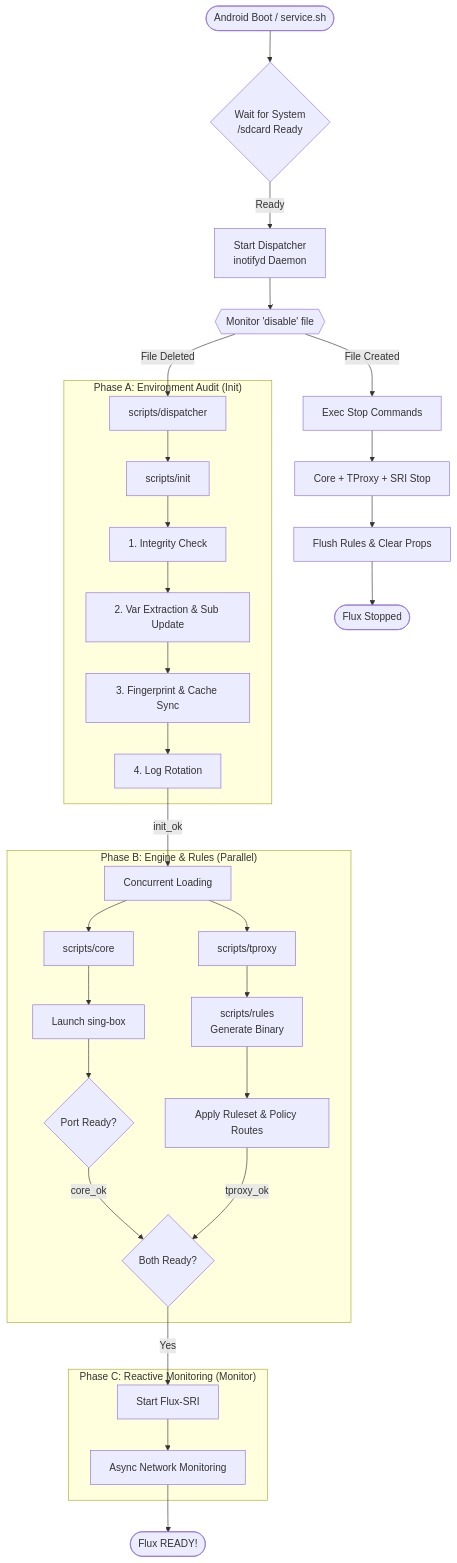
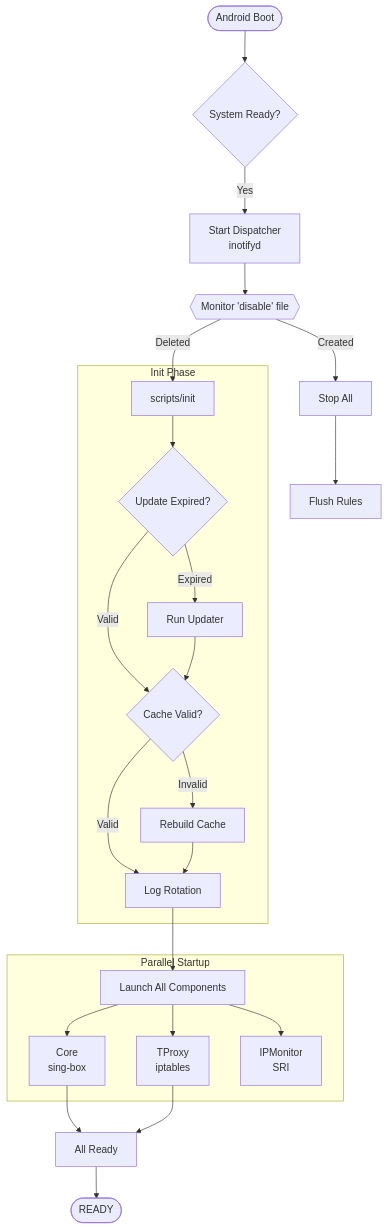
One commit to Chth1z/Flux changed the first of 2 diagrams in README.md. Above: the diagram before and after it, drawn with Mermaid. The commit also changed other lines of this file and 2 other files, not shown here.

````diff
--- a/README.md
+++ b/README.md
@@ -68,46 +74,33 @@
 ```mermaid
 graph TD
-    %% Start Sequence
-    Boot([Android Boot / service.sh]) --> Wait{Wait for System<br/>/sdcard Ready}
-    Wait -->|Ready| LaunchDisp[Start Dispatcher<br/>inotifyd Daemon]
+    Boot([Android Boot]) --> Wait{System Ready?}
+    Wait -->|Yes| Dispatcher[Start Dispatcher<br/>inotifyd]
     
-    LaunchDisp --> Watcher{{Monitor 'disable' file}}
+    Dispatcher --> Watch{{Monitor 'disable' file}}
     
-    Watcher -- "File Deleted" --> Dispatch[scripts/dispatcher]
+    Watch -- "Deleted" --> Init
     
-    subgraph "Phase A: Environment Audit (Init)"
-        Dispatch --> Init[scripts/init]
-        Init --> Audit[1. Integrity Check]
-        Audit --> Env[2. Var Extraction & Sub Update]
-        Env --> Cache[3. Fingerprint & Cache Sync]
-        Cache --> Log[4. Log Rotation]
+    subgraph InitPhase ["Init Phase"]
+        Init[scripts/init] --> Check1{Update Expired?}
+        Check1 -->|Expired| Update[Run Updater]
+        Check1 -->|Valid| Check2
+        Update --> Check2{Cache Valid?}
+        Check2 -->|Invalid| Rebuild[Rebuild Cache]
+        Check2 -->|Valid| LogRot[Log Rotation]
+        Rebuild --> LogRot
     end
     
-    Log -- "init_ok" --> StartComp[Concurrent Loading]
+    LogRot --> Launch["Launch All Components"]
     
-    subgraph "Phase B: Engine & Rules (Parallel)"
-        StartComp --> Core[scripts/core]
-        StartComp --> TProxy[scripts/tproxy]
-        
-        Core --> SingBox[Launch sing-box]
-        SingBox --> SBWait{Port Ready?}
-        SBWait -- "core_ok" --> Readiness
-        
-        TProxy --> Rules[scripts/rules<br/>Generate Binary]
-        Rules --> Apply[Apply Ruleset & Policy Routes]
-        Apply -- "tproxy_ok" --> Readiness
+    subgraph Components ["Parallel Startup"]
+        Launch --> Core[Core<br/>sing-box]
+        Launch --> TProxy[TProxy<br/>iptables]
+        Launch --> Monitor[IPMonitor<br/>SRI]
     end
     
-    subgraph "Phase C: Reactive Monitoring (Monitor)"
-        Readiness{Both Ready?} -- "Yes" --> SRI[Start Flux-SRI]
-        SRI --> Monitor[Async Network Monitoring]
-    end
+    Core & TProxy --> Ready
+    Ready[All Ready] --> Final([READY])
     
-    Monitor --> Final([Flux READY!])
-
-    %% Stop Sequence
-    Watcher -- "File Created" --> StopFlow[Exec Stop Commands]
-    StopFlow --> StopNodes[Core + TProxy + SRI Stop]
-    StopNodes --> Cleanup[Flush Rules & Clear Props]
-    Cleanup --> Terminate([Flux Stopped])
+    Watch -- "Created" --> Stop[Stop All]
+    Stop --> Cleanup[Flush Rules]
 ```
````
